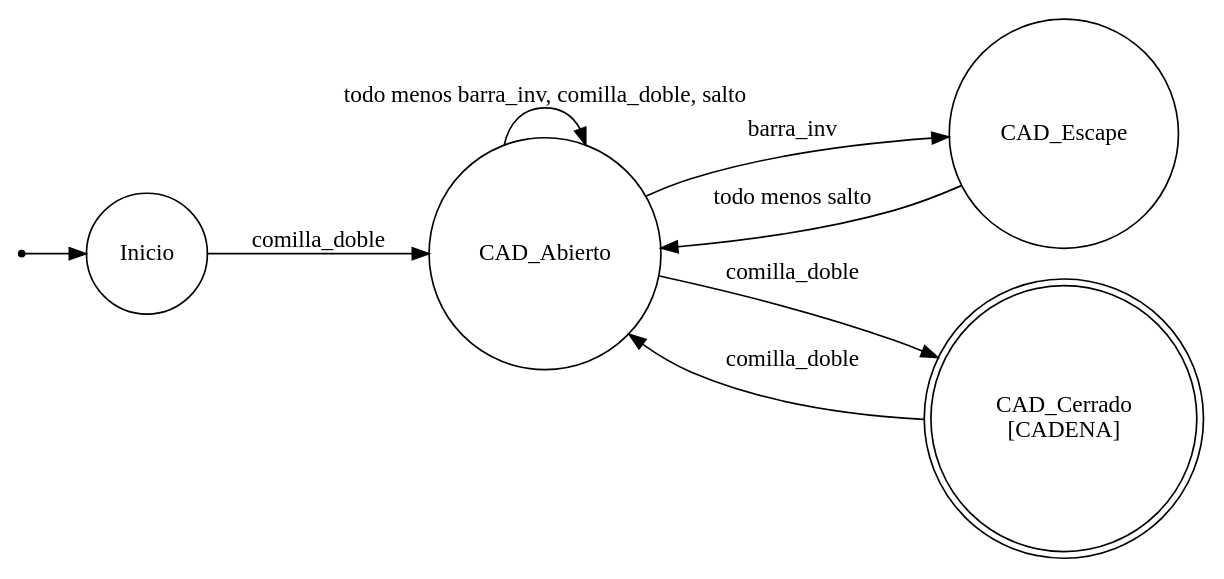
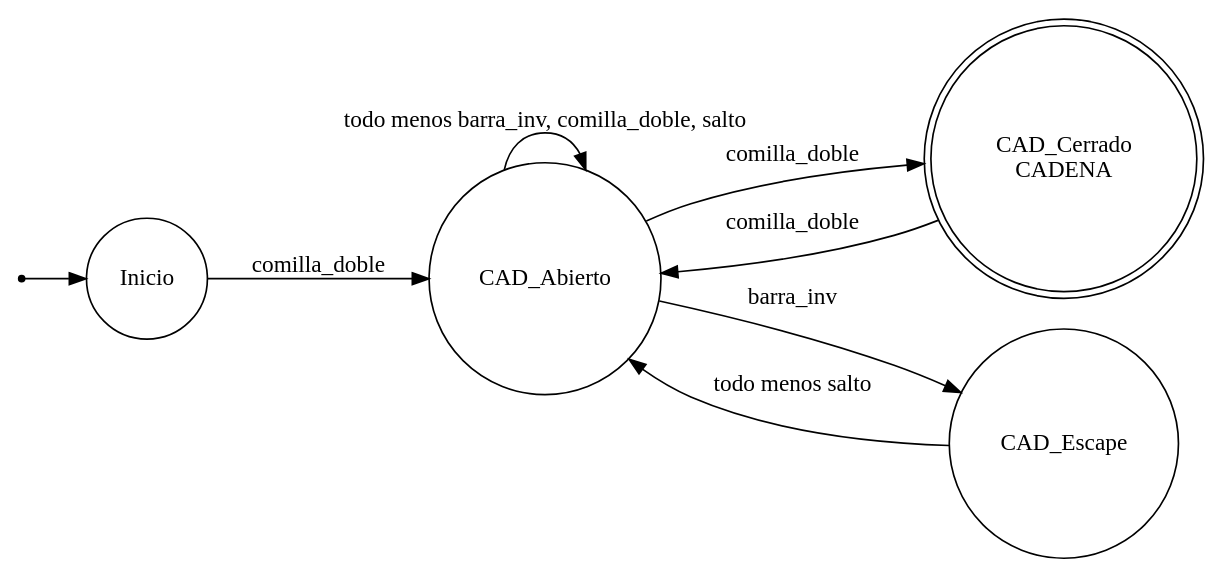
The diagram in automatas/cadena.dot (Insert-name-115/Tarea-de-teoria-de-computacion), drawn with Graphviz before and after one commit. The commit also changed 16 other files, not shown here.

```diff
--- a/automatas/cadena.dot
+++ b/automatas/cadena.dot
@@ -1,15 +1,15 @@
 digraph CADENA {
 	rankdir=LR
 	"" [shape=point]
+	CAD_Cerrado [label="CAD_Cerrado\nCADENA" shape=doublecircle]
+	CAD_Escape [shape=circle]
+	CAD_Abierto [shape=circle]
 	Inicio [shape=circle]
-	CAD_Abierto [shape=circle]
-	CAD_Escape [shape=circle]
-	CAD_Cerrado [label="CAD_Cerrado\n[CADENA]" shape=doublecircle]
 	"" -> Inicio
 	Inicio -> CAD_Abierto [label=comilla_doble]
 	CAD_Abierto -> CAD_Abierto [label="todo menos barra_inv, comilla_doble, salto"]
 	CAD_Abierto -> CAD_Escape [label=barra_inv]
 	CAD_Escape -> CAD_Abierto [label="todo menos salto"]
 	CAD_Abierto -> CAD_Cerrado [label=comilla_doble]
 	CAD_Cerrado -> CAD_Abierto [label=comilla_doble]
 }
```
